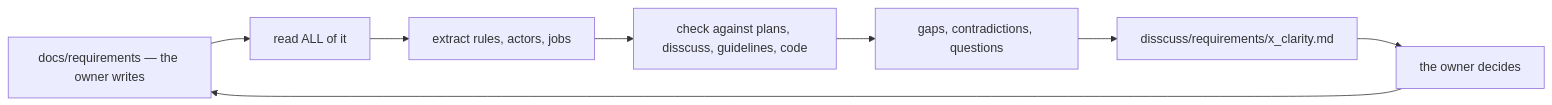
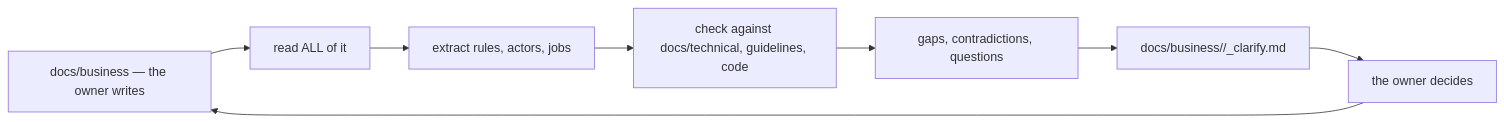
The diagram in .claude/agents/business-analyst.md (pdcgo/warehouse_revamp), drawn with Mermaid before and after one commit. The commit also changed other lines of this file and 153 other files, not shown here.

First line of the commit message:
Adopt the development lifecycle as the project's flow

````diff
--- a/.claude/agents/business-analyst.md
+++ b/.claude/agents/business-analyst.md
@@ -92,10 +92,10 @@
 ```mermaid
 flowchart LR
-  R["docs/requirements — the owner writes"] --> A["read ALL of it"]
+  R["docs/business — the owner writes"] --> A["read ALL of it"]
   A --> B["extract rules, actors, jobs"]
-  B --> C["check against plans, disscuss, guidelines, code"]
+  B --> C["check against docs/technical, guidelines, code"]
   C --> D["gaps, contradictions, questions"]
-  D --> E["disscuss/requirements/x_clarity.md"]
+  D --> E["docs/business/<ctx>/<slice>_clarify.md"]
   E --> F["the owner decides"]
   F --> R
 ```
````
